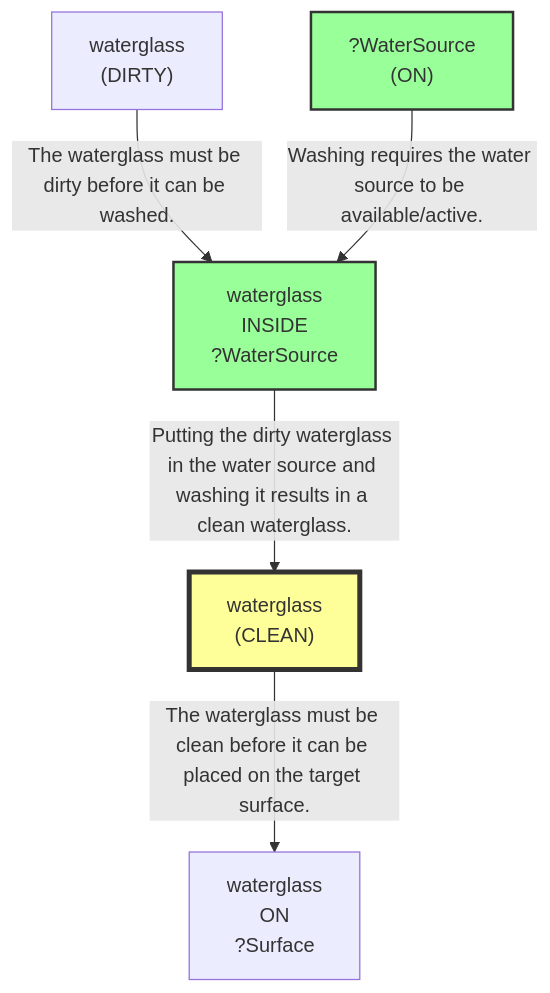
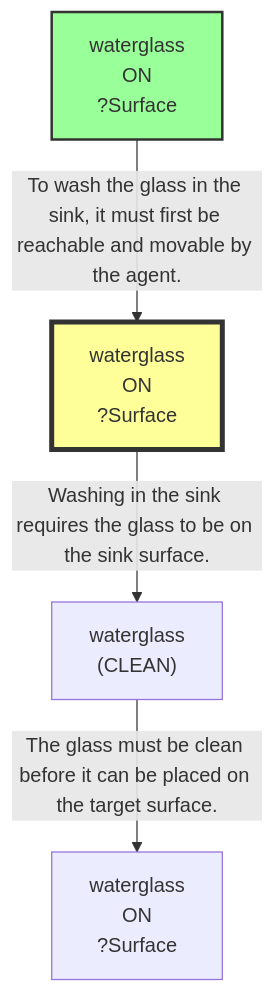
One commit to scuama/virtualhome changed the third of 6 diagrams in agent/results/success/P3_13/run_P3_13.md. Above: the diagram before and after it, drawn with Mermaid. The commit also changed other lines of this file and 7 other files, not shown here.

````diff
--- a/agent/results/success/P3_13/run_P3_13.md
+++ b/agent/results/success/P3_13/run_P3_13.md
@@ -237,15 +175,12 @@
 ```mermaid
 graph TD
     N1["waterglass<br>ON<br>?Surface"]
-    N2["waterglass<br>INSIDE<br>?WaterSource"]
-    style N2 fill:#9f9,stroke:#333,stroke-width:2px
-    N3["waterglass<br>(CLEAN)"]
+    N2["waterglass<br>(CLEAN)"]
+    N3["waterglass<br>ON<br>?Surface"]
     style N3 fill:#ff9,stroke:#333,stroke-width:4px
-    N4["waterglass<br>(DIRTY)"]
-    N5["?WaterSource<br>(ON)"]
-    style N5 fill:#9f9,stroke:#333,stroke-width:2px
-    N4 -->|"The waterglass must be dirty before it can be washed."| N2
-    N5 -->|"Washing requires the water source to be available/active."| N2
-    N2 -->|"Putting the dirty waterglass in the water source and washing it results in a clean waterglass."| N3
-    N3 -->|"The waterglass must be clean before it can be placed on the target surface."| N1
+    N4["waterglass<br>ON<br>?Surface"]
+    style N4 fill:#9f9,stroke:#333,stroke-width:2px
+    N2 -->|"The glass must be clean before it can be placed on the target surface."| N1
+    N3 -->|"Washing in the sink requires the glass to be on the sink surface."| N2
+    N4 -->|"To wash the glass in the sink, it must first be reachable and movable by the agent."| N3
 ```
````
